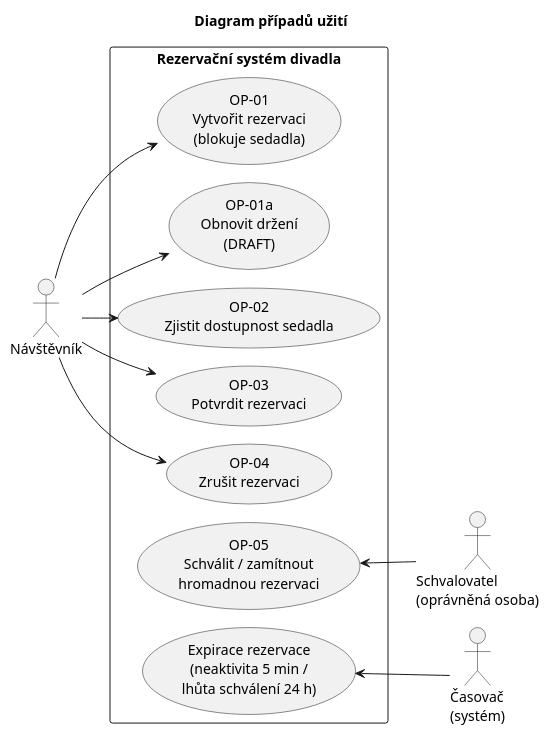
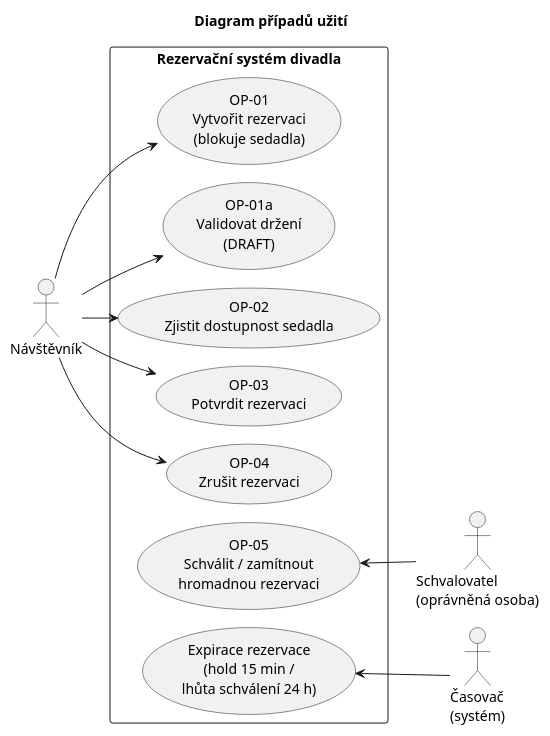
Before and after one commit to jn-flk/SWI: the diagram in docs/diagrams/c02/use-case.puml, drawn with PlantUML. The commit also changed 18 other files, not shown here.

```diff
--- a/docs/diagrams/c02/use-case.puml
+++ b/docs/diagrams/c02/use-case.puml
@@ -1,28 +1,28 @@
 @startuml
 !pragma layout smetana
 title Diagram případů užití
 left to right direction
 
 actor "Návštěvník" as V
 actor "Schvalovatel\n(oprávněná osoba)" as A
 actor "Časovač\n(systém)" as T
 
 rectangle "Rezervační systém divadla" {
   usecase "OP-01\nVytvořit rezervaci\n(blokuje sedadla)" as OP1
-  usecase "OP-01a\nObnovit držení\n(DRAFT)" as OP1A
+  usecase "OP-01a\nValidovat držení\n(DRAFT)" as OP1A
   usecase "OP-02\nZjistit dostupnost sedadla" as OP2
   usecase "OP-03\nPotvrdit rezervaci" as OP3
   usecase "OP-04\nZrušit rezervaci" as OP4
   usecase "OP-05\nSchválit / zamítnout\nhromadnou rezervaci" as OP5
-  usecase "Expirace rezervace\n(neaktivita 5 min /\nlhůta schválení 24 h)" as EXP
+  usecase "Expirace rezervace\n(hold 15 min /\nlhůta schválení 24 h)" as EXP
 }
 
 V --> OP1
 V --> OP1A
 V --> OP2
 V --> OP3
 V --> OP4
 OP5 <-- A
 EXP <-- T
 
 @enduml
```
